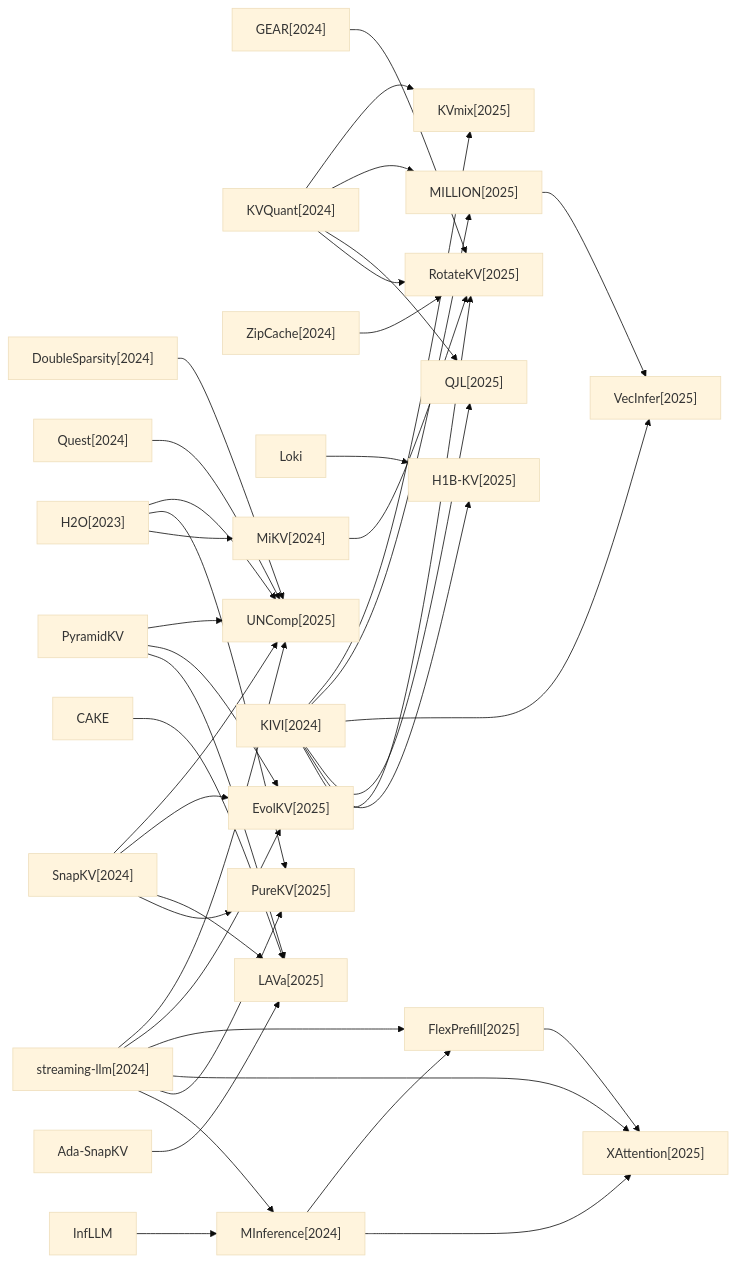
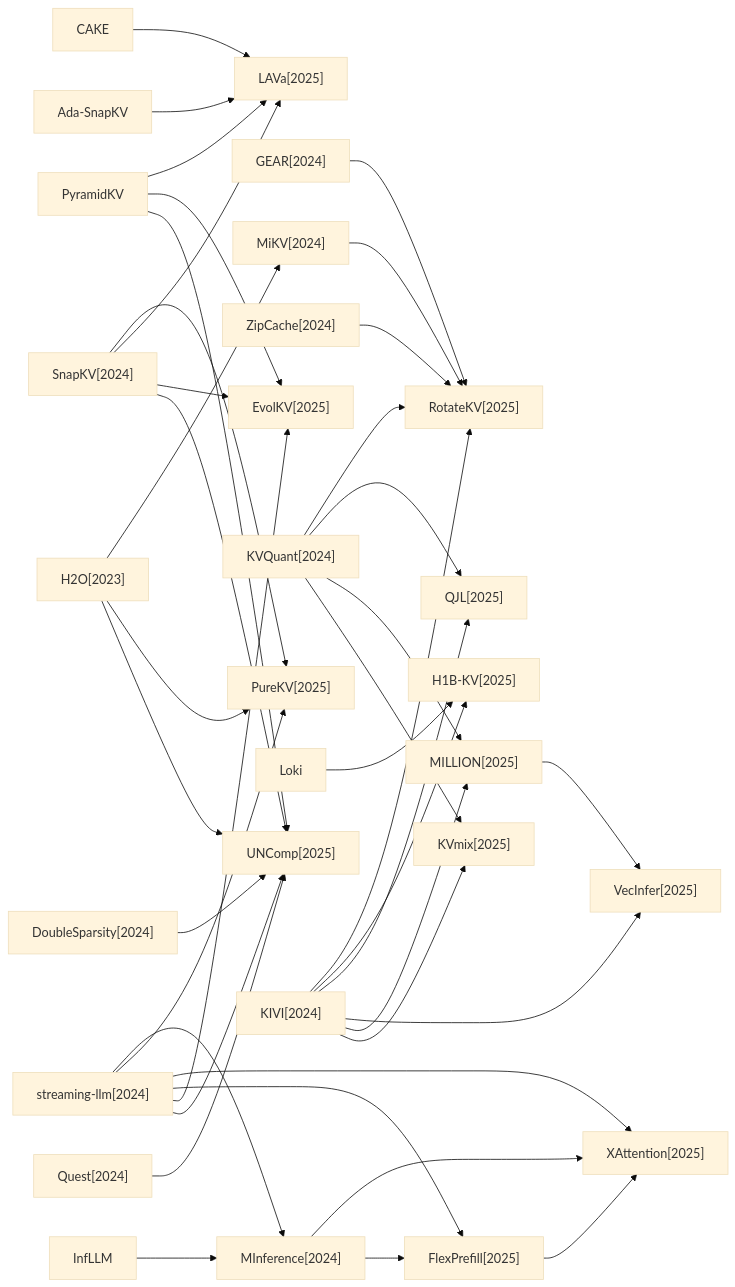
Before and after one commit to hustzxd/EfficientPaper: the fourth of 5 diagrams in docs/baseline_methods_graph.md, drawn with Mermaid (base theme). The commit also changed other lines of this file and 19 other files, not shown here.

````diff
--- a/docs/baseline_methods_graph.md
+++ b/docs/baseline_methods_graph.md
@@ -57,70 +57,70 @@
 ```mermaid
 flowchart LR
+    2023_H2O["H2O[2023]"]
+    Ada_SnapKV["Ada-SnapKV"]
+    2024_SnapKV["SnapKV[2024]"]
+    2025_XAttention["XAttention[2025]"]
+    2025_LAVa["LAVa[2025]"]
+    2024_GEAR["GEAR[2024]"]
+    2025_PureKV["PureKV[2025]"]
+    CAKE["CAKE"]
+    2025_FlexPrefill["FlexPrefill[2025]"]
+    PyramidKV["PyramidKV"]
+    2025_H1B_KV["H1B-KV[2025]"]
+    2024_Quest["Quest[2024]"]
+    2024_ZipCache["ZipCache[2024]"]
+    2024_streaming_llm["streaming-llm[2024]"]
+    2025_EvolKV["EvolKV[2025]"]
+    2024_KVQuant["KVQuant[2024]"]
+    2024_MInference["MInference[2024]"]
+    2025_MILLION["MILLION[2025]"]
+    2025_VecInfer["VecInfer[2025]"]
     InfLLM["InfLLM"]
-    2024_GEAR["GEAR[2024]"]
     2024_DoubleSparsity["DoubleSparsity[2024]"]
-    2025_XAttention["XAttention[2025]"]
-    2024_KVQuant["KVQuant[2024]"]
-    2023_H2O["H2O[2023]"]
-    2025_QJL["QJL[2025]"]
-    2024_ZipCache["ZipCache[2024]"]
-    2024_Quest["Quest[2024]"]
-    CAKE["CAKE"]
     Loki["Loki"]
-    2024_streaming_llm["streaming-llm[2024]"]
-    2024_SnapKV["SnapKV[2024]"]
-    2024_MInference["MInference[2024]"]
     2024_MiKV["MiKV[2024]"]
+    2025_KVmix["KVmix[2025]"]
     2024_KIVI["KIVI[2024]"]
     2025_RotateKV["RotateKV[2025]"]
-    2025_FlexPrefill["FlexPrefill[2025]"]
-    PyramidKV["PyramidKV"]
-    Ada_SnapKV["Ada-SnapKV"]
-    2025_VecInfer["VecInfer[2025]"]
-    2025_H1B_KV["H1B-KV[2025]"]
-    2025_MILLION["MILLION[2025]"]
-    2025_KVmix["KVmix[2025]"]
+    2025_QJL["QJL[2025]"]
     2025_UNComp["UNComp[2025]"]
-    2025_EvolKV["EvolKV[2025]"]
-    2025_LAVa["LAVa[2025]"]
-    2025_PureKV["PureKV[2025]"]
-    InfLLM --> 2024_MInference
-    2024_GEAR --> 2025_RotateKV
-    2024_DoubleSparsity --> 2025_UNComp
-    2024_KVQuant --> 2025_KVmix
-    2024_KVQuant --> 2025_MILLION
-    2024_KVQuant --> 2025_QJL
-    2024_KVQuant --> 2025_RotateKV
     2023_H2O --> 2025_UNComp
     2023_H2O --> 2025_PureKV
     2023_H2O --> 2024_MiKV
+    Ada_SnapKV --> 2025_LAVa
+    2024_SnapKV --> 2025_UNComp
+    2024_SnapKV --> 2025_EvolKV
+    2024_SnapKV --> 2025_LAVa
+    2024_SnapKV --> 2025_PureKV
+    2024_GEAR --> 2025_RotateKV
+    CAKE --> 2025_LAVa
+    2025_FlexPrefill --> 2025_XAttention
+    PyramidKV --> 2025_UNComp
+    PyramidKV --> 2025_EvolKV
+    PyramidKV --> 2025_LAVa
+    2024_Quest --> 2025_UNComp
     2024_ZipCache --> 2025_RotateKV
-    2024_Quest --> 2025_UNComp
-    CAKE --> 2025_LAVa
-    Loki --> 2025_H1B_KV
     2024_streaming_llm --> 2025_UNComp
     2024_streaming_llm --> 2025_EvolKV
     2024_streaming_llm --> 2025_FlexPrefill
     2024_streaming_llm --> 2025_XAttention
     2024_streaming_llm --> 2025_PureKV
     2024_streaming_llm --> 2024_MInference
-    2024_SnapKV --> 2025_UNComp
-    2024_SnapKV --> 2025_EvolKV
-    2024_SnapKV --> 2025_LAVa
-    2024_SnapKV --> 2025_PureKV
+    2024_KVQuant --> 2025_KVmix
+    2024_KVQuant --> 2025_MILLION
+    2024_KVQuant --> 2025_QJL
+    2024_KVQuant --> 2025_RotateKV
     2024_MInference --> 2025_FlexPrefill
     2024_MInference --> 2025_XAttention
+    2025_MILLION --> 2025_VecInfer
+    InfLLM --> 2024_MInference
+    2024_DoubleSparsity --> 2025_UNComp
+    Loki --> 2025_H1B_KV
     2024_MiKV --> 2025_RotateKV
     2024_KIVI --> 2025_KVmix
     2024_KIVI --> 2025_MILLION
     2024_KIVI --> 2025_VecInfer
     2024_KIVI --> 2025_QJL
     2024_KIVI --> 2025_H1B_KV
     2024_KIVI --> 2025_RotateKV
-    2025_FlexPrefill --> 2025_XAttention
-    PyramidKV --> 2025_UNComp
-    PyramidKV --> 2025_EvolKV
-    PyramidKV --> 2025_LAVa
-    Ada_SnapKV --> 2025_LAVa
-    2025_MILLION --> 2025_VecInfer
 ```
````
